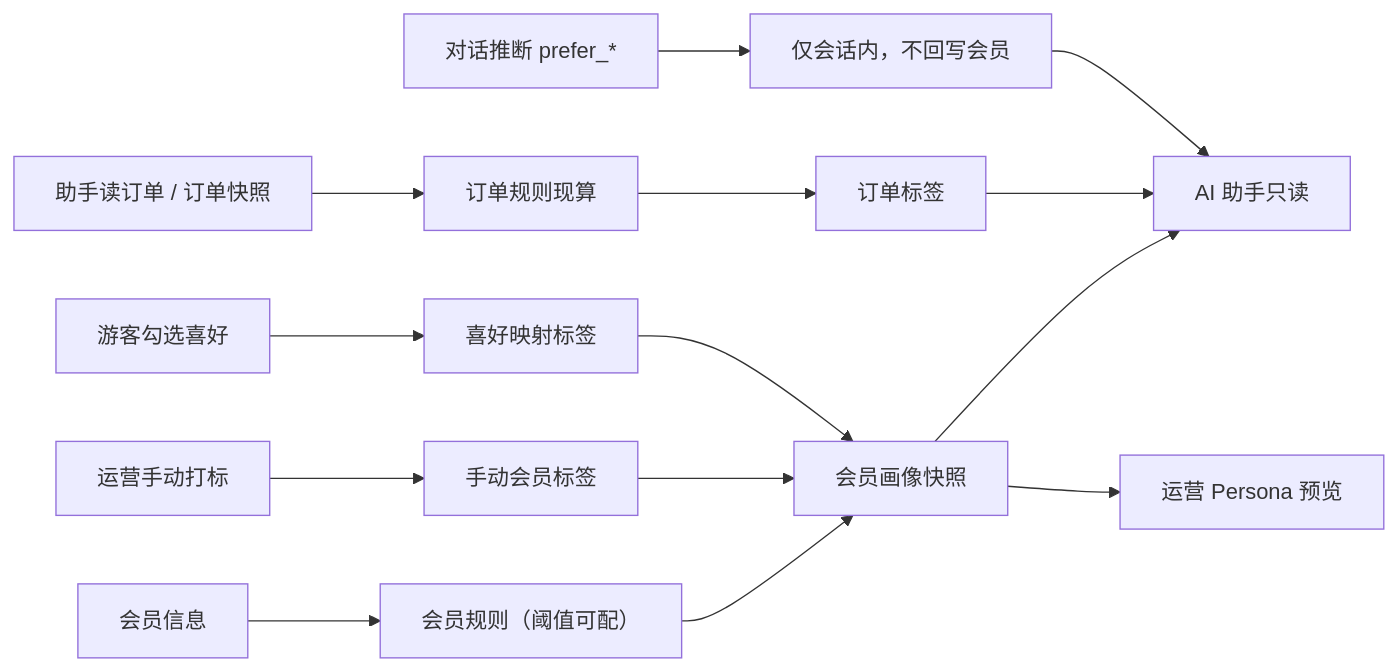
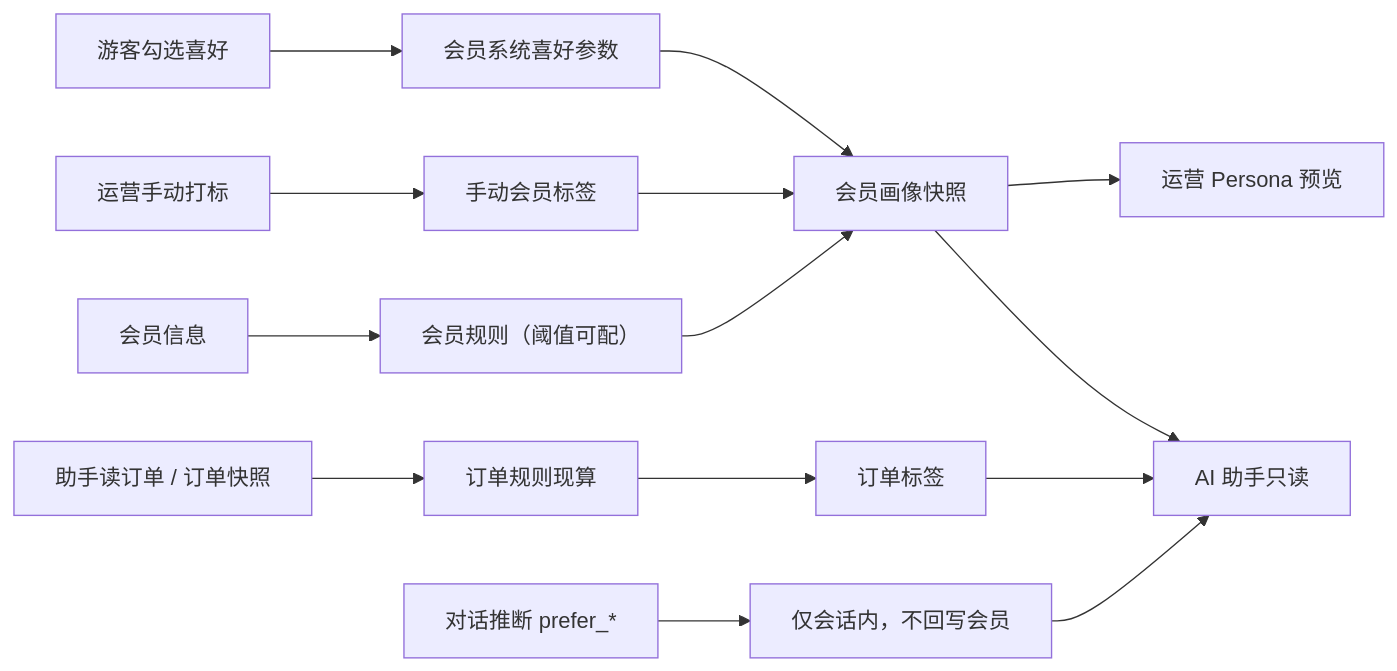
One commit to nannan0410/AI_Service changed the fourth of 4 diagrams in docs/AI助手与地图导览-画像标签-细化方案.md. Above: the diagram before and after it, drawn with Mermaid. The commit also changed other lines of this file and 4 other files, not shown here.

````diff
--- a/docs/AI助手与地图导览-画像标签-细化方案.md
+++ b/docs/AI助手与地图导览-画像标签-细化方案.md
@@ -496,14 +508,15 @@
 ```mermaid
 flowchart LR
   OrderRead["助手读订单 / 订单快照"] --> OrderRule["订单规则现算"]
   Member["会员信息"] --> FactRule["会员规则（阈值可配）"]
   Manual["运营手动打标"] --> ManualTag["手动会员标签"]
-  PreferUI["游客勾选喜好"] --> PreferTag["喜好映射标签"]
+  PreferUI["游客勾选喜好"] --> MemberPref["会员系统喜好参数"]
   ChatLight["对话推断 prefer_*"] --> SessionOnly["仅会话内，不回写会员"]
   OrderRule --> OrderTags["订单标签"]
-  FactRule & ManualTag & PreferTag --> Center["会员画像快照"]
-  Center --> Assistant["AI 助手只读"]
-  OrderTags --> Assistant
+  FactRule & ManualTag --> Center["会员画像快照"]
+  MemberPref --> Center
+  OrderTags --> Assistant["AI 助手只读"]
+  Center --> Assistant
   SessionOnly --> Assistant
   Center --> OpsUI["运营 Persona 预览"]
 ```
````
